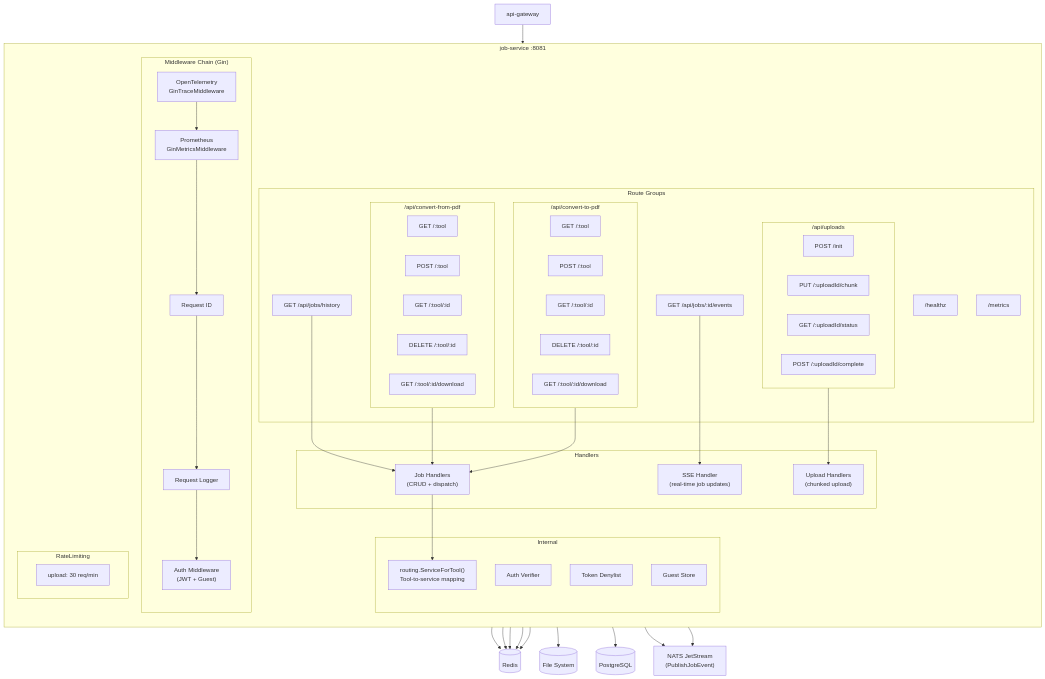
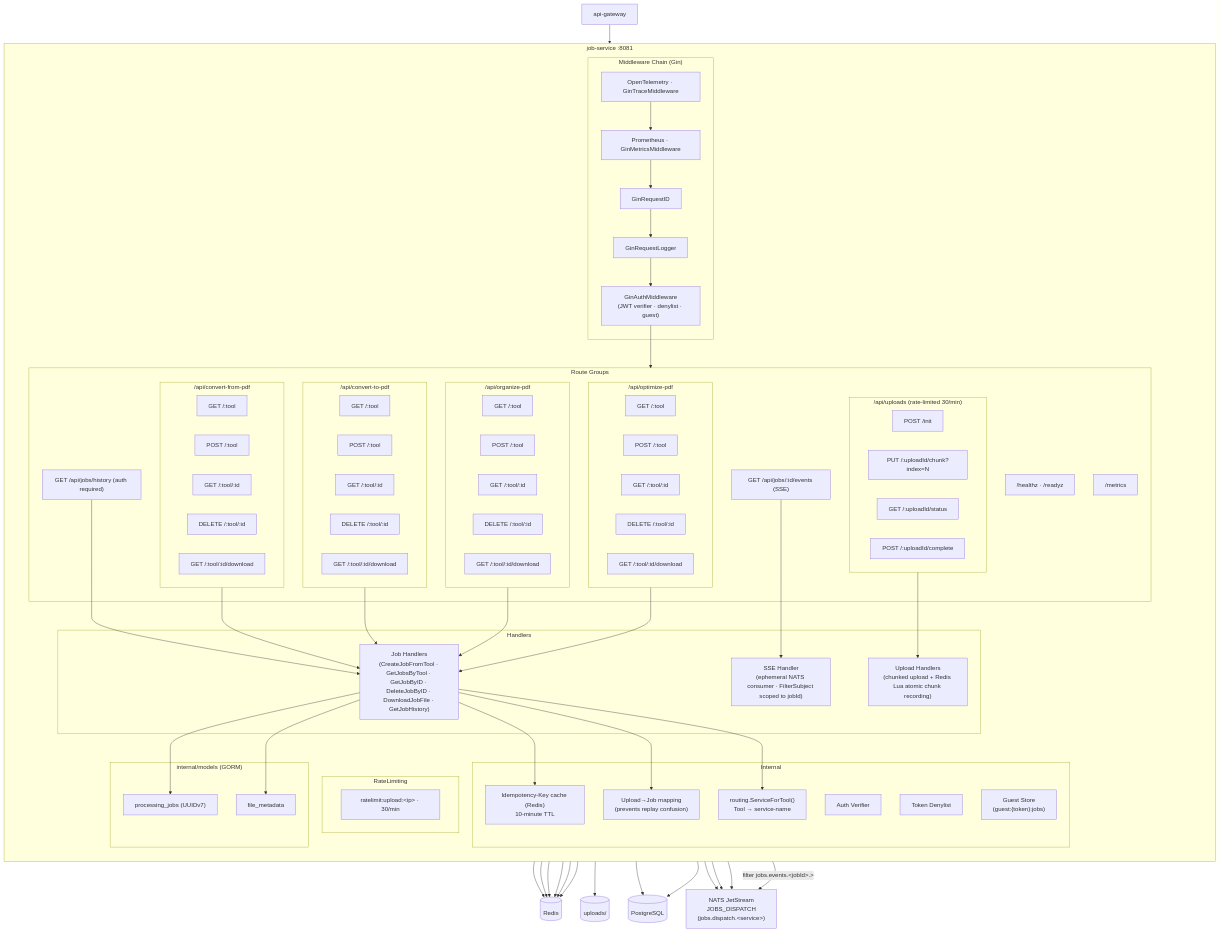
The first of 5 diagrams in docs/developer/mermaid/service-job-service-architecture.md (Prachidubey2003/fyredocs_backend), drawn with Mermaid before and after one commit. The commit also changed other lines of this file and 39 other files, not shown here.

Commit message:
Refactor PDF services to use NATS JetStream for job dispatch and event publishing; enhance documentation for OPTIMIZE_PDF and ORGANIZE_PDF services; remove deprecated UPLOAD_SERVICE documentation; update OpenAPI spec for improved clarity and accuracy.

````diff
--- a/docs/developer/mermaid/service-job-service-architecture.md
+++ b/docs/developer/mermaid/service-job-service-architecture.md
@@ -10,22 +10,22 @@
         direction TB
 
         subgraph Middleware["Middleware Chain (Gin)"]
-            TRACE["OpenTelemetry<br/>GinTraceMiddleware"]
-            METRICS["Prometheus<br/>GinMetricsMiddleware"]
-            REQID["Request ID"]
-            LOGGER["Request Logger"]
-            AUTHMW["Auth Middleware<br/>(JWT + Guest)"]
+            TRACE["OpenTelemetry · GinTraceMiddleware"]
+            METRICS["Prometheus · GinMetricsMiddleware"]
+            REQID["GinRequestID"]
+            LOGGER["GinRequestLogger"]
+            AUTHMW["GinAuthMiddleware<br/>(JWT verifier · denylist · guest)"]
         end
 
         subgraph Routes["Route Groups"]
-            subgraph UploadRoutes["/api/uploads"]
+            subgraph UploadRoutes["/api/uploads (rate-limited 30/min)"]
                 INIT["POST /init"]
-                CHUNK["PUT /:uploadId/chunk"]
+                CHUNK["PUT /:uploadId/chunk?index=N"]
                 STATUS["GET /:uploadId/status"]
                 COMPLETE["POST /:uploadId/complete"]
             end
 
-            subgraph ConvertFromRoutes["/api/convert-from-pdf"]
+            subgraph CFRoutes["/api/convert-from-pdf"]
                 CF_LIST["GET /:tool"]
                 CF_CREATE["POST /:tool"]
                 CF_GET["GET /:tool/:id"]
@@ -33,7 +33,7 @@
                 CF_DOWNLOAD["GET /:tool/:id/download"]
             end
 
-            subgraph ConvertToRoutes["/api/convert-to-pdf"]
+            subgraph CTRoutes["/api/convert-to-pdf"]
                 CT_LIST["GET /:tool"]
                 CT_CREATE["POST /:tool"]
                 CT_GET["GET /:tool/:id"]
@@ -41,47 +41,79 @@
                 CT_DOWNLOAD["GET /:tool/:id/download"]
             end
 
-            HISTORY["GET /api/jobs/history"]
-            SSE_ROUTE["GET /api/jobs/:id/events"]
-            HEALTHZ["/healthz"]
+            subgraph ORGRoutes["/api/organize-pdf"]
+                ORG_LIST["GET /:tool"]
+                ORG_CREATE["POST /:tool"]
+                ORG_GET["GET /:tool/:id"]
+                ORG_DELETE["DELETE /:tool/:id"]
+                ORG_DOWNLOAD["GET /:tool/:id/download"]
+            end
+
+            subgraph OPTRoutes["/api/optimize-pdf"]
+                OPT_LIST["GET /:tool"]
+                OPT_CREATE["POST /:tool"]
+                OPT_GET["GET /:tool/:id"]
+                OPT_DELETE["DELETE /:tool/:id"]
+                OPT_DOWNLOAD["GET /:tool/:id/download"]
+            end
+
+            HISTORY["GET /api/jobs/history (auth required)"]
+            SSE_ROUTE["GET /api/jobs/:id/events (SSE)"]
+            HEALTHZ["/healthz · /readyz"]
             METRICSEP["/metrics"]
         end
 
         subgraph Handlers
-            UH["Upload Handlers<br/>(chunked upload)"]
-            JH["Job Handlers<br/>(CRUD + dispatch)"]
-            SSEH["SSE Handler<br/>(real-time job updates)"]
+            UH["Upload Handlers<br/>(chunked upload + Redis Lua atomic chunk recording)"]
+            JH["Job Handlers<br/>(CreateJobFromTool · GetJobsByTool · GetJobByID · DeleteJobByID · DownloadJobFile · GetJobHistory)"]
+            SSEH["SSE Handler<br/>(ephemeral NATS consumer · FilterSubject scoped to jobId)"]
         end
 
         subgraph Internal
-            ROUTING["routing.ServiceForTool()<br/>Tool-to-service mapping"]
+            ROUTING["routing.ServiceForTool()<br/>Tool → service-name"]
+            IDEMP["Idempotency-Key cache (Redis)<br/>10-minute TTL"]
+            UPLOAD_DEDUP["Upload→Job mapping<br/>(prevents replay confusion)"]
             VERIFIER["Auth Verifier"]
             DENYLIST["Token Denylist"]
-            GUESTSTORE["Guest Store"]
+            GUESTSTORE["Guest Store<br/>(guest:{token}:jobs)"]
         end
 
         subgraph RateLimiting
-            RL_UPLOAD["upload: 30 req/min"]
+            RL_UPLOAD["ratelimit:upload:&lt;ip&gt; · 30/min"]
+        end
+
+        subgraph Models["internal/models (GORM)"]
+            JOB["processing_jobs (UUIDv7)"]
+            FM["file_metadata"]
         end
     end
 
-    Client["api-gateway"] --> TRACE
-    TRACE --> METRICS --> REQID --> LOGGER --> AUTHMW
+    Client["api-gateway"] --> TRACE --> METRICS --> REQID --> LOGGER --> AUTHMW
+    AUTHMW --> Routes
 
     UploadRoutes --> UH
-    ConvertFromRoutes --> JH
-    ConvertToRoutes --> JH
+    CFRoutes --> JH
+    CTRoutes --> JH
+    ORGRoutes --> JH
+    OPTRoutes --> JH
     HISTORY --> JH
     SSE_ROUTE --> SSEH
 
     UH --> Redis[(Redis)]
-    UH --> Disk[(File System)]
-    JH --> PG[(PostgreSQL)]
-    JH --> Redis
+    UH --> Disk[(uploads/)]
+    JH --> JOB
+    JH --> FM
+    JH --> IDEMP
+    JH --> UPLOAD_DEDUP
     JH --> ROUTING
-    ROUTING --> NATS["NATS JetStream<br/>(PublishJobEvent)"]
+    JOB & FM --> PG[(PostgreSQL)]
+    ROUTING --> NATS["NATS JetStream<br/>JOBS_DISPATCH<br/>(jobs.dispatch.&lt;service&gt;)"]
+    JH --> NATS
     SSEH --> NATS
+    SSEH -->|filter jobs.events.&lt;jobId&gt;.>| NATS
     DENYLIST --> Redis
     GUESTSTORE --> Redis
     RateLimiting --> Redis
+    IDEMP --> Redis
+    UPLOAD_DEDUP --> Redis
 ```
````
